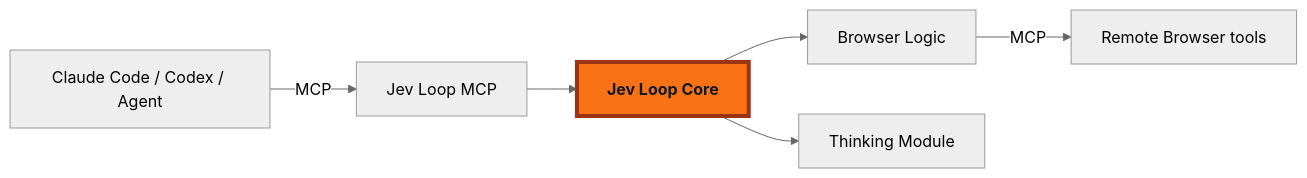
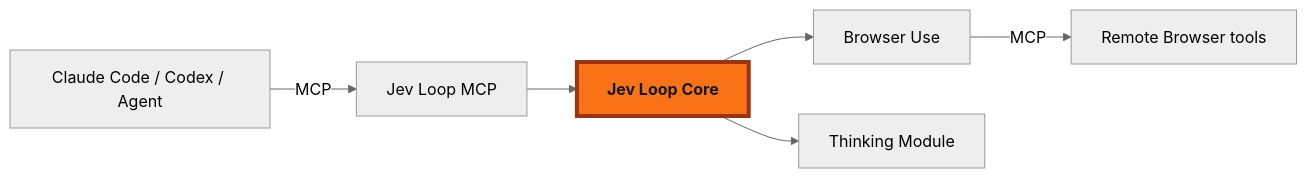
One commit to 0xMaxMa/claude-gateway changed the diagram in website/guide/jev.md. Above: the diagram before and after it, drawn with Mermaid (neutral theme). The commit also changed other lines of this file and 5 other files, not shown here.

````diff
--- a/website/guide/jev.md
+++ b/website/guide/jev.md
@@ -473,10 +473,10 @@
 ```mermaid
 flowchart LR
   Agent[Claude Code / Codex / Agent] -->|MCP| Loop[Jev Loop MCP]
   Loop --> Core[Jev Loop Core]
-  Core --> Logic[Browser Logic]
+  Core --> Logic[Browser Use]
   Logic -->|MCP| Browser[Remote Browser tools]
   Core --> Thinking[Thinking Module]
   classDef core fill:#f97316,stroke:#9a3412,stroke-width:4px,color:#111827,font-weight:bold;
   class Core core;
 ```
````
